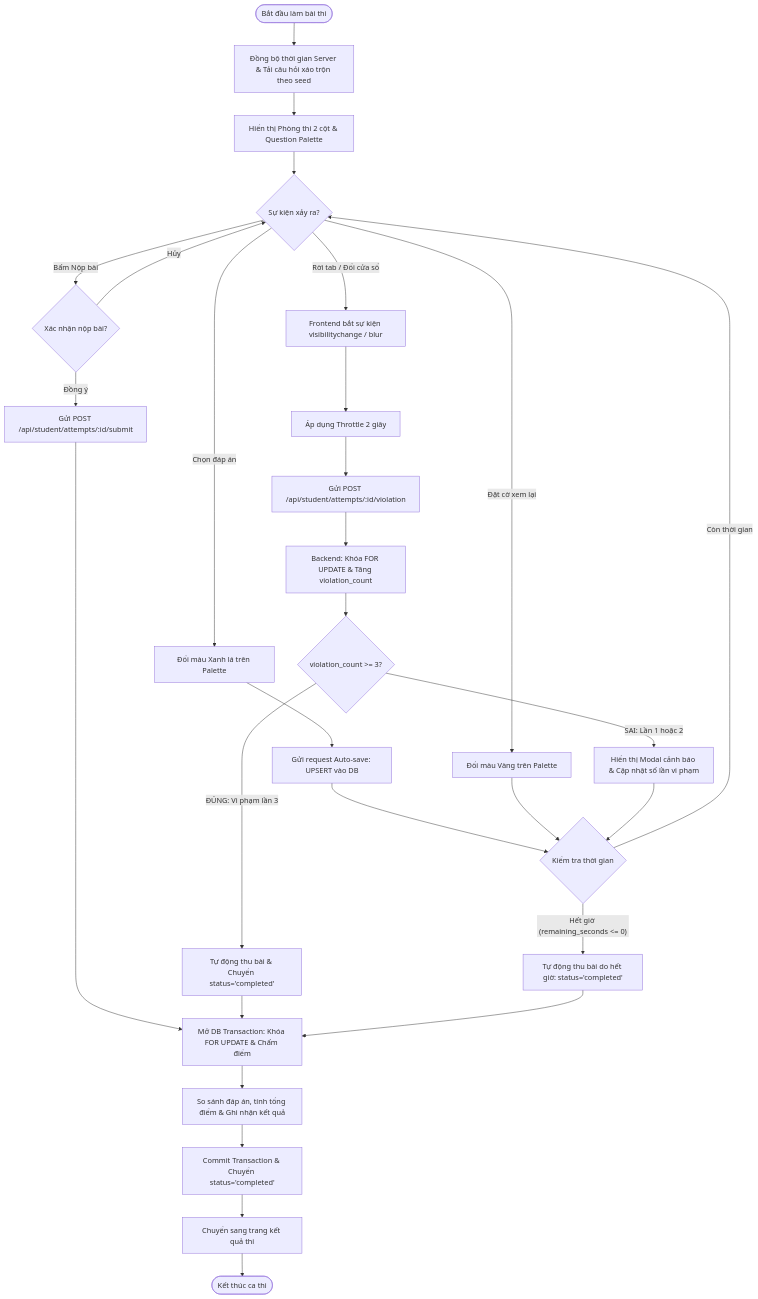
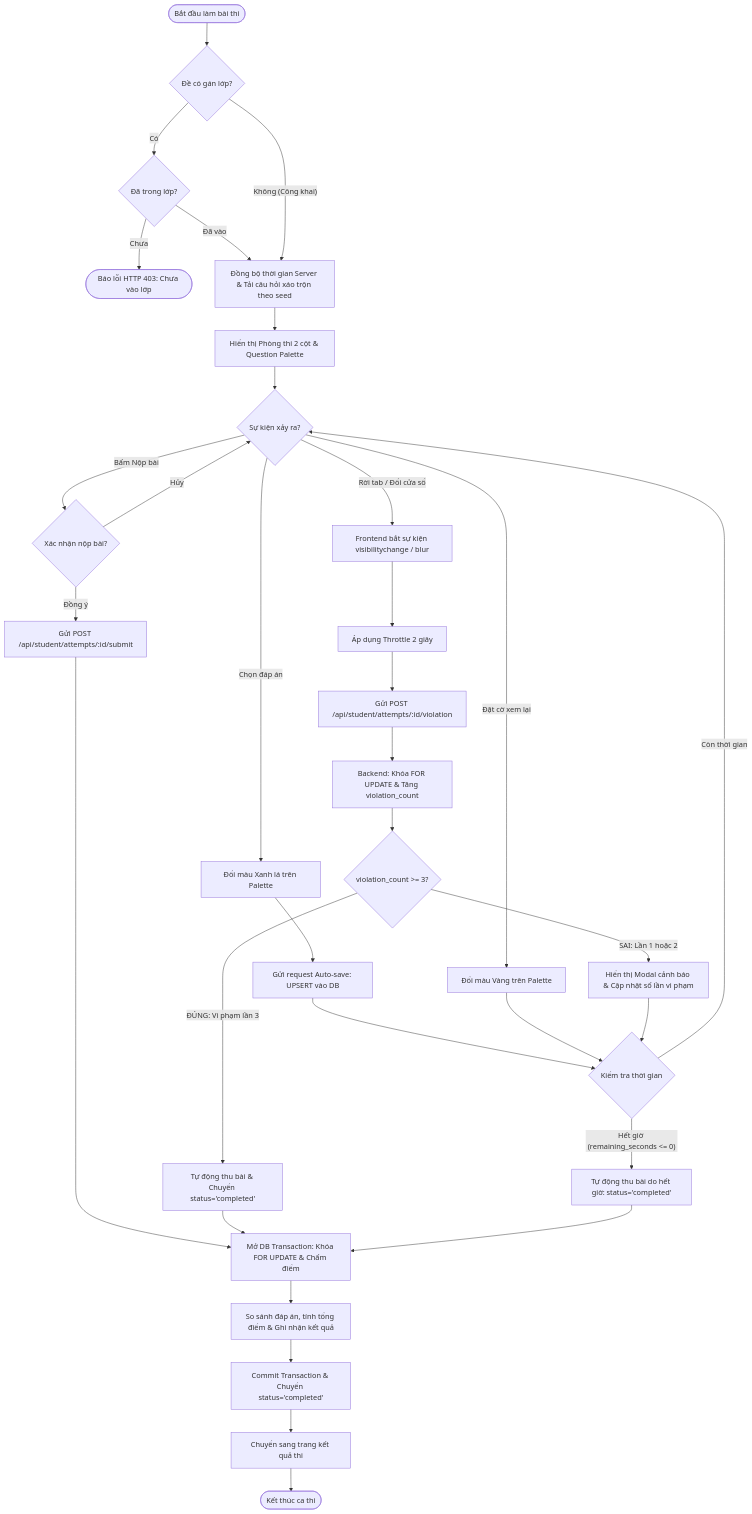
One commit to NguenDung/exam-system-mvp changed the third of 8 diagrams in ARCHITECTURE_AND_REPORT.md. Above: the diagram before and after it, drawn with Mermaid. The commit also changed other lines of this file and 23 other files, not shown here.

````diff
--- a/ARCHITECTURE_AND_REPORT.md
+++ b/ARCHITECTURE_AND_REPORT.md
@@ -429,40 +502,45 @@
 ```mermaid
 flowchart TD
-    Start([Bắt đầu làm bài thi]) --> InitExam[Đồng bộ thời gian Server & Tải câu hỏi xáo trộn theo seed]
+    Start([Bắt đầu làm bài thi]) --> CheckClass{Đề có gán lớp?}
+    CheckClass -- "Có" --> CheckEnroll{Đã trong lớp?}
+    CheckEnroll -- "Chưa" --> Forbidden([Báo lỗi HTTP 403: Chưa vào lớp])
+    CheckEnroll -- "Đã vào" --> InitExam[Đồng bộ thời gian Server & Tải câu hỏi xáo trộn theo seed]
+    CheckClass -- "Không (Công khai)" --> InitExam
+
     InitExam --> DisplayExam[Hiển thị Phòng thi 2 cột & Question Palette]
 
     DisplayExam --> EventWait{Sự kiện xảy ra?}
 
     EventWait -- "Chọn đáp án" --> SaveAnswer[Đổi màu Xanh lá trên Palette]
     SaveAnswer --> AutoSave[Gửi request Auto-save: UPSERT vào DB]
     AutoSave --> CheckTimer
 
     EventWait -- "Đặt cờ xem lại" --> FlagQuestion[Đổi màu Vàng trên Palette]
     FlagQuestion --> CheckTimer
 
     EventWait -- "Rời tab / Đổi cửa sổ" --> DetectTab[Frontend bắt sự kiện visibilitychange / blur]
     DetectTab --> Throttle[Áp dụng Throttle 2 giây]
     Throttle --> CallViolationAPI["Gửi POST /api/student/attempts/:id/violation"]
     CallViolationAPI --> DBUpdateViolation["Backend: Khóa FOR UPDATE & Tăng violation_count"]
     
     DBUpdateViolation --> CheckViolation{"violation_count >= 3?"}
     CheckViolation -- "ĐÚNG: Vi phạm lần 3" --> AutoSubmitViolation["Tự động thu bài & Chuyển status='completed'"]
     CheckViolation -- "SAI: Lần 1 hoặc 2" --> ShowWarningModal["Hiển thị Modal cảnh báo & Cập nhật số lần vi phạm"]
     ShowWarningModal --> CheckTimer
 
     CheckTimer{"Kiểm tra thời gian"} -- "Còn thời gian" --> EventWait
     CheckTimer -- "Hết giờ (remaining_seconds <= 0)" --> AutoSubmitTimeout["Tự động thu bài do hết giờ: status='completed'"]
 
     EventWait -- "Bấm Nộp bài" --> ConfirmSubmit{Xác nhận nộp bài?}
     ConfirmSubmit -- "Hủy" --> EventWait
     ConfirmSubmit -- "Đồng ý" --> ManualSubmit["Gửi POST /api/student/attempts/:id/submit"]
 
     ManualSubmit --> GradeTx["Mở DB Transaction: Khóa FOR UPDATE & Chấm điểm"]
     AutoSubmitViolation --> GradeTx
     AutoSubmitTimeout --> GradeTx
 
     GradeTx --> CalcScore["So sánh đáp án, tính tổng điểm & Ghi nhận kết quả"]
     CalcScore --> CommitTx["Commit Transaction & Chuyển status='completed'"]
     CommitTx --> RedirectResult[Chuyển sang trang kết quả thi]
     RedirectResult --> End([Kết thúc ca thi])
 ```
````
